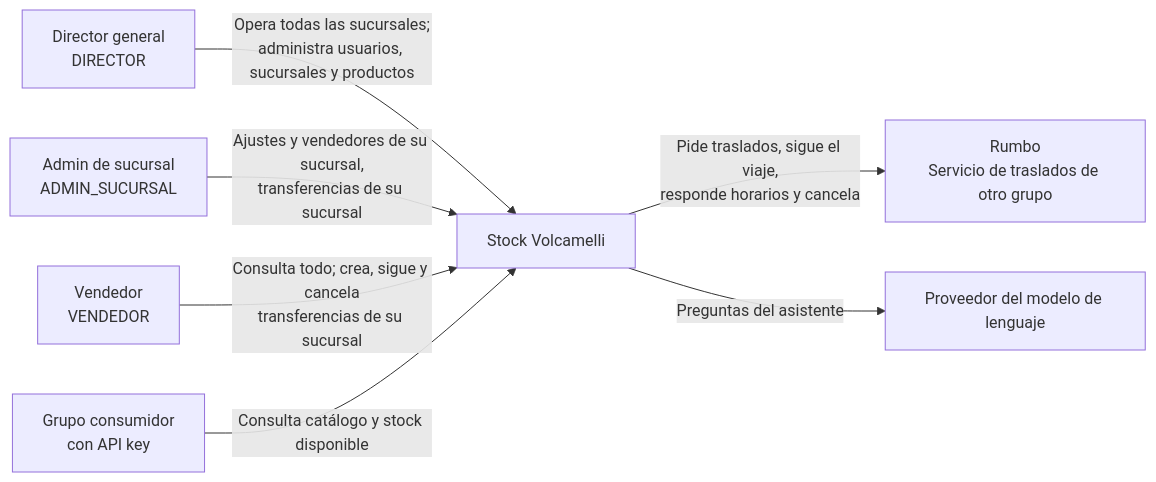
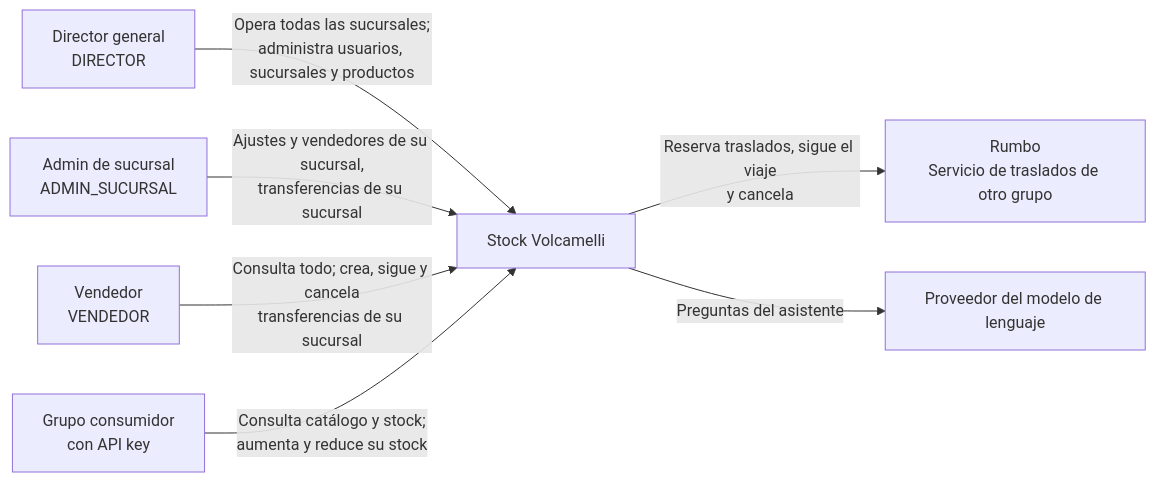
One commit to tomyvolo/Stock-Volcamelli changed the diagram in docs/diagramas/contexto.md. Above: the diagram before and after it, drawn with Mermaid. The commit also changed other lines of this file and 12 other files, not shown here.

````diff
--- a/docs/diagramas/contexto.md
+++ b/docs/diagramas/contexto.md
@@ -5,17 +5,17 @@
 ```mermaid
 flowchart LR
     D["Director general<br/>DIRECTOR"]
     A["Admin de sucursal<br/>ADMIN_SUCURSAL"]
     V["Vendedor<br/>VENDEDOR"]
     C["Grupo consumidor<br/>con API key"]
     SV["Stock Volcamelli"]
     R["Rumbo<br/>Servicio de traslados de otro grupo"]
     LLM["Proveedor del modelo de lenguaje"]
 
     D -->|"Opera todas las sucursales;<br/>administra usuarios, sucursales y productos"| SV
     A -->|"Ajustes y vendedores de su sucursal,<br/>transferencias de su sucursal"| SV
     V -->|"Consulta todo; crea, sigue y cancela<br/>transferencias de su sucursal"| SV
-    C -->|"Consulta catálogo y stock disponible"| SV
-    SV -->|"Pide traslados, sigue el viaje,<br/>responde horarios y cancela"| R
+    C -->|"Consulta catálogo y stock;<br/>aumenta y reduce su stock"| SV
+    SV -->|"Reserva traslados, sigue el viaje<br/>y cancela"| R
     SV -->|"Preguntas del asistente"| LLM
 ```
````
